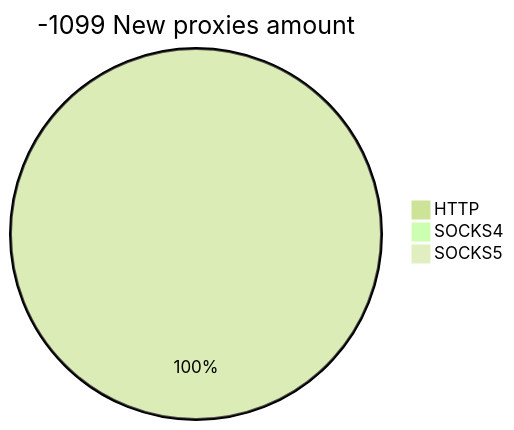
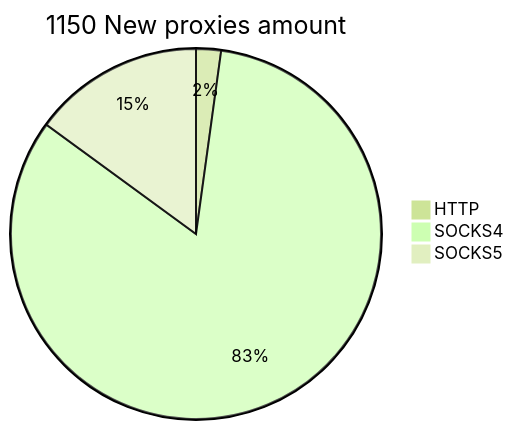
Before and after one commit to cutipu/proxylist: the second of 2 diagrams in README.md, drawn with Mermaid (forest theme). The commit also changed other lines of this file, not shown here.

````diff
--- a/README.md
+++ b/README.md
@@ -10,6 +10,6 @@
 ```mermaid
-pie title -1099 New proxies amount
-    "HTTP" : 52
-    "SOCKS4" : 0
-    "SOCKS5" : 0
+pie title 1150 New proxies amount
+    "HTTP" : 25
+    "SOCKS4" : 953
+    "SOCKS5" : 172
 ```
````
